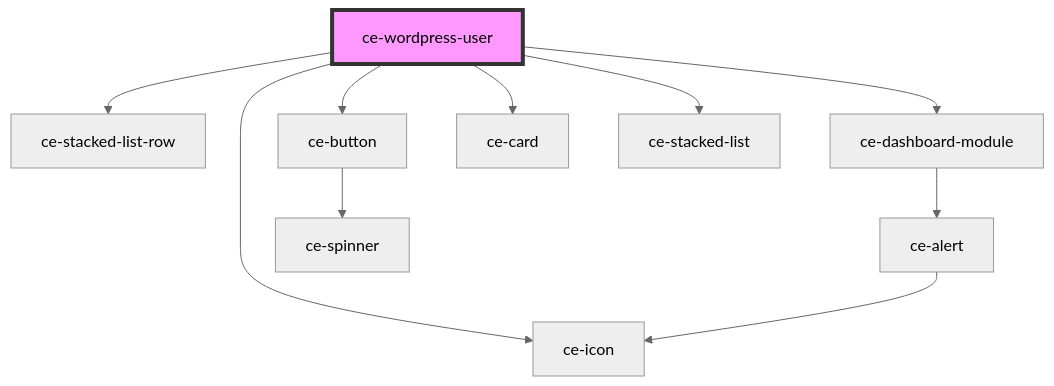
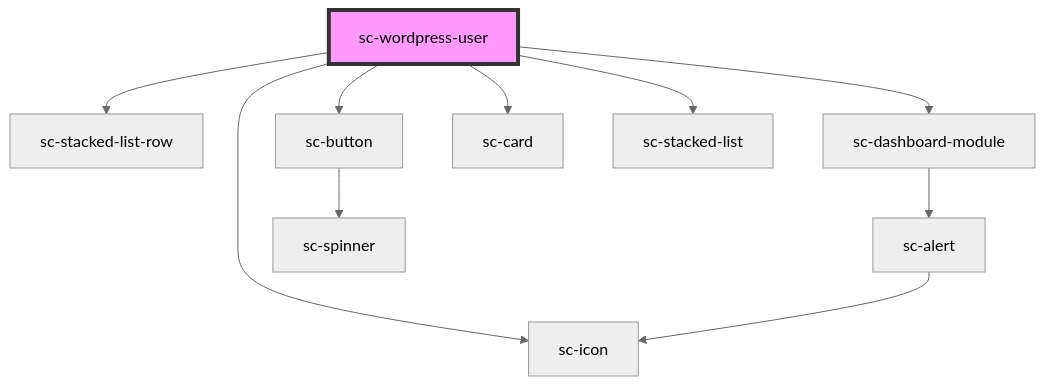
One commit to surecart/surecart-wp-plugin changed the diagram in packages/components/src/components/controllers/dashboard/wordpress-user/readme.md. Above: the diagram before and after it, drawn with Mermaid (neutral theme). The commit also changed other lines of this file and 1281 other files, not shown here.

````diff
--- a/packages/components/src/components/controllers/dashboard/wordpress-user/readme.md
+++ b/packages/components/src/components/controllers/dashboard/wordpress-user/readme.md
@@ -28,13 +28,13 @@
 ```mermaid
 graph TD;
-  ce-wordpress-user --> ce-stacked-list-row
-  ce-wordpress-user --> ce-dashboard-module
-  ce-wordpress-user --> ce-button
-  ce-wordpress-user --> ce-icon
-  ce-wordpress-user --> ce-card
-  ce-wordpress-user --> ce-stacked-list
-  ce-dashboard-module --> ce-alert
-  ce-alert --> ce-icon
-  ce-button --> ce-spinner
-  style ce-wordpress-user fill:#f9f,stroke:#333,stroke-width:4px
+  sc-wordpress-user --> sc-stacked-list-row
+  sc-wordpress-user --> sc-dashboard-module
+  sc-wordpress-user --> sc-button
+  sc-wordpress-user --> sc-icon
+  sc-wordpress-user --> sc-card
+  sc-wordpress-user --> sc-stacked-list
+  sc-dashboard-module --> sc-alert
+  sc-alert --> sc-icon
+  sc-button --> sc-spinner
+  style sc-wordpress-user fill:#f9f,stroke:#333,stroke-width:4px
 ```
````
